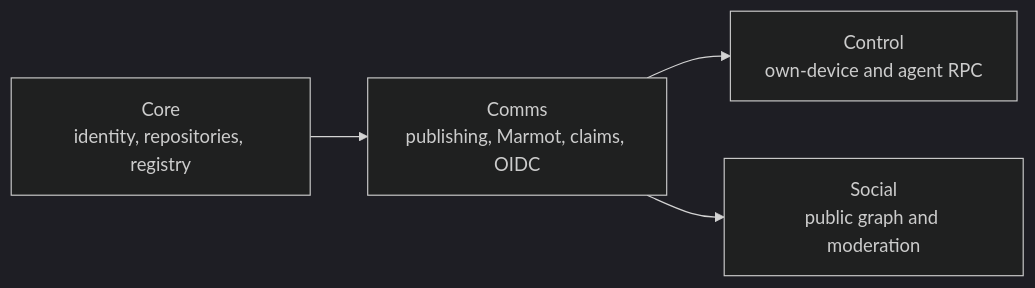
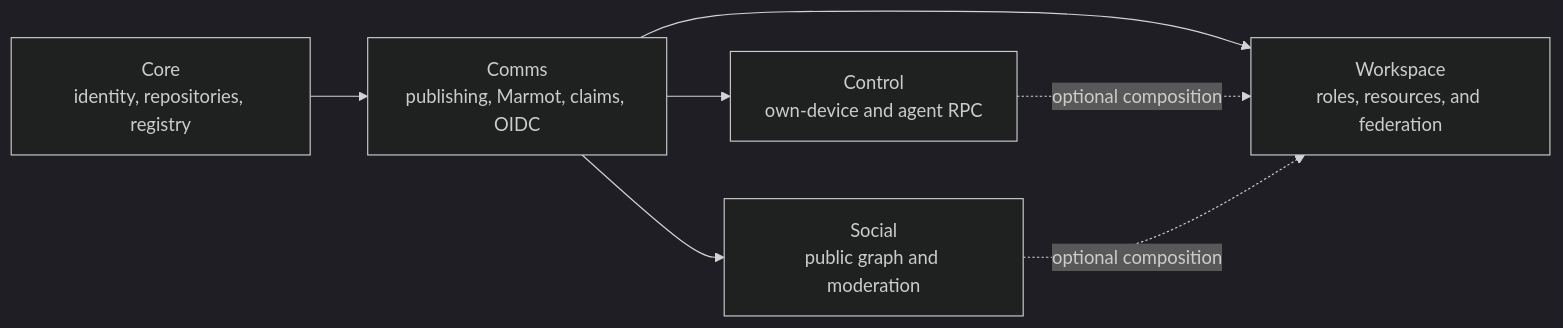
The first of 3 diagrams in docs/architecture.md (HeterodyneNetwork/HeterodyneProtocol), drawn with Mermaid (dark theme) before and after one commit. The commit also changed other lines of this file and 524 other files, not shown here.

Commit message:
feat: integrate workspace control plane

````diff
--- a/docs/architecture.md
+++ b/docs/architecture.md
@@ -18,10 +22,14 @@
 ```mermaid
 flowchart LR
     Core[Core<br/>identity, repositories, registry]
     Comms[Comms<br/>publishing, Marmot, claims, OIDC]
     Control[Control<br/>own-device and agent RPC]
     Social[Social<br/>public graph and moderation]
+    Workspace[Workspace<br/>roles, resources, and federation]
     Core --> Comms
     Comms --> Control
     Comms --> Social
+    Comms --> Workspace
+    Control -. optional composition .-> Workspace
+    Social -. optional composition .-> Workspace
 ```
````
